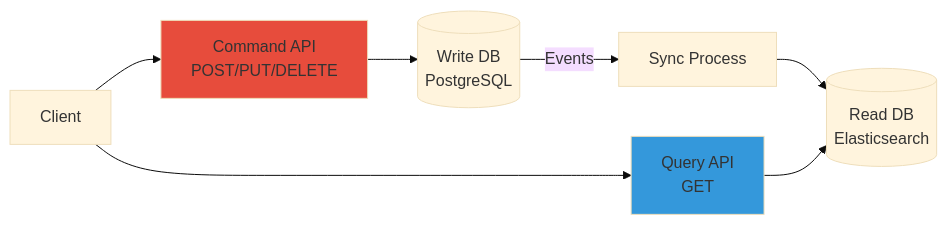
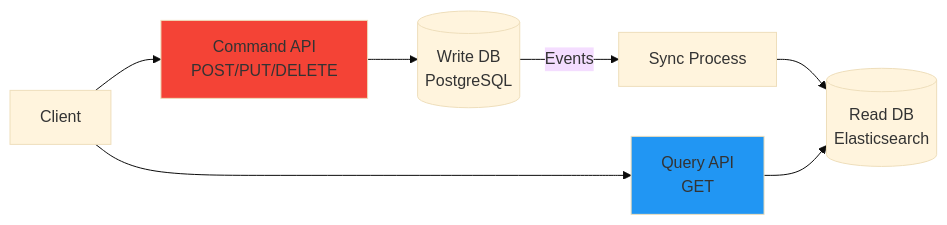
One commit to VBlackJack/ShellBook changed the fourth of 6 diagrams in docs/concepts/architecture-patterns.md. Above: the diagram before and after it, drawn with Mermaid (base theme). The commit also changed other lines of this file and 337 other files, not shown here.

First line of the commit message:
refactor(docs): Standardize code blocks and Mermaid colors

````diff
--- a/docs/concepts/architecture-patterns.md
+++ b/docs/concepts/architecture-patterns.md
@@ -232,12 +232,12 @@
 ```mermaid
 graph LR
     Client --> CMD[Command API<br/>POST/PUT/DELETE]
     Client --> QRY[Query API<br/>GET]
     CMD --> WriteDB[(Write DB<br/>PostgreSQL)]
     WriteDB -->|Events| Sync[Sync Process]
     Sync --> ReadDB[(Read DB<br/>Elasticsearch)]
     QRY --> ReadDB
 
-    style CMD fill:#e74c3c
-    style QRY fill:#3498db
+    style CMD fill:#f44336
+    style QRY fill:#2196F3
 ```
````
